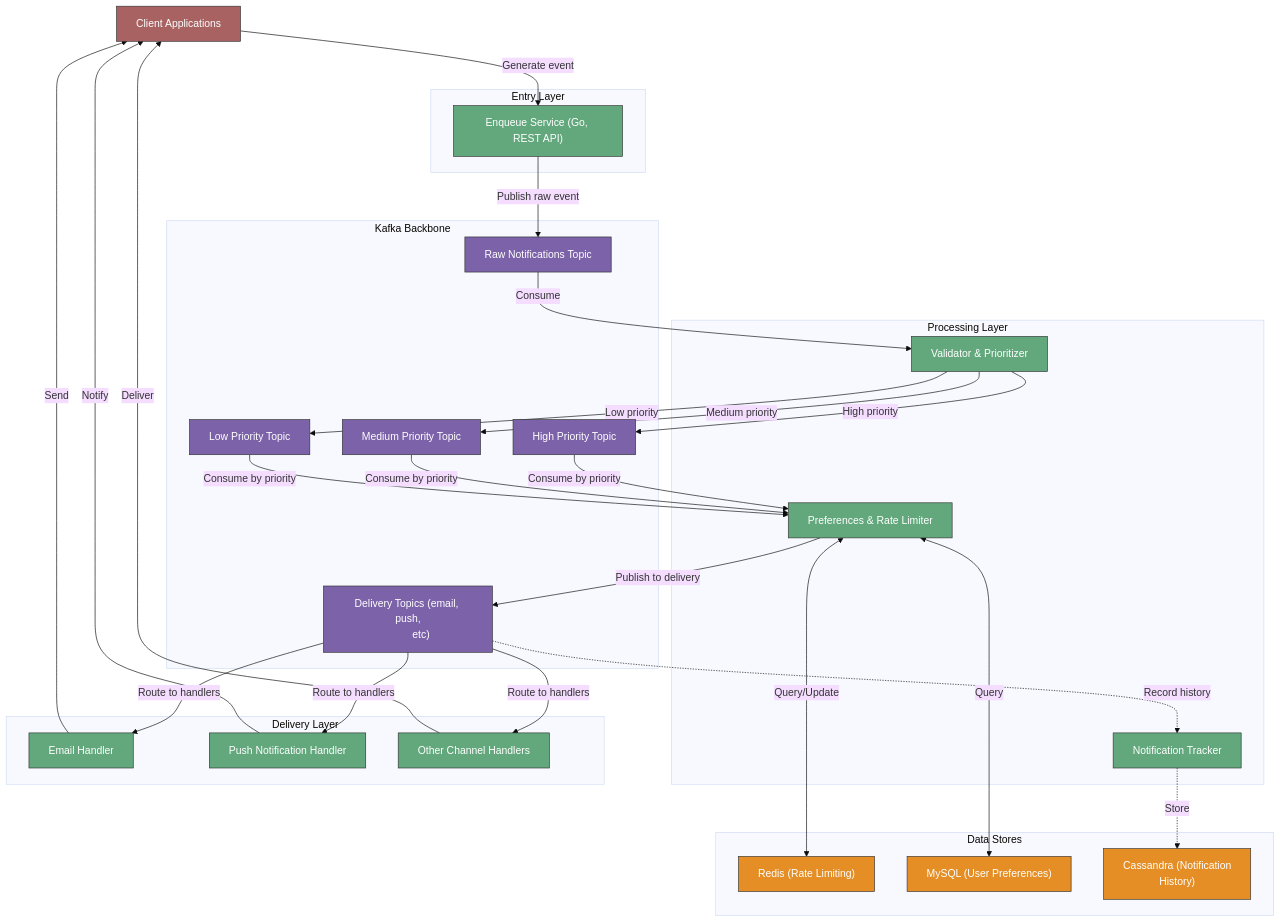
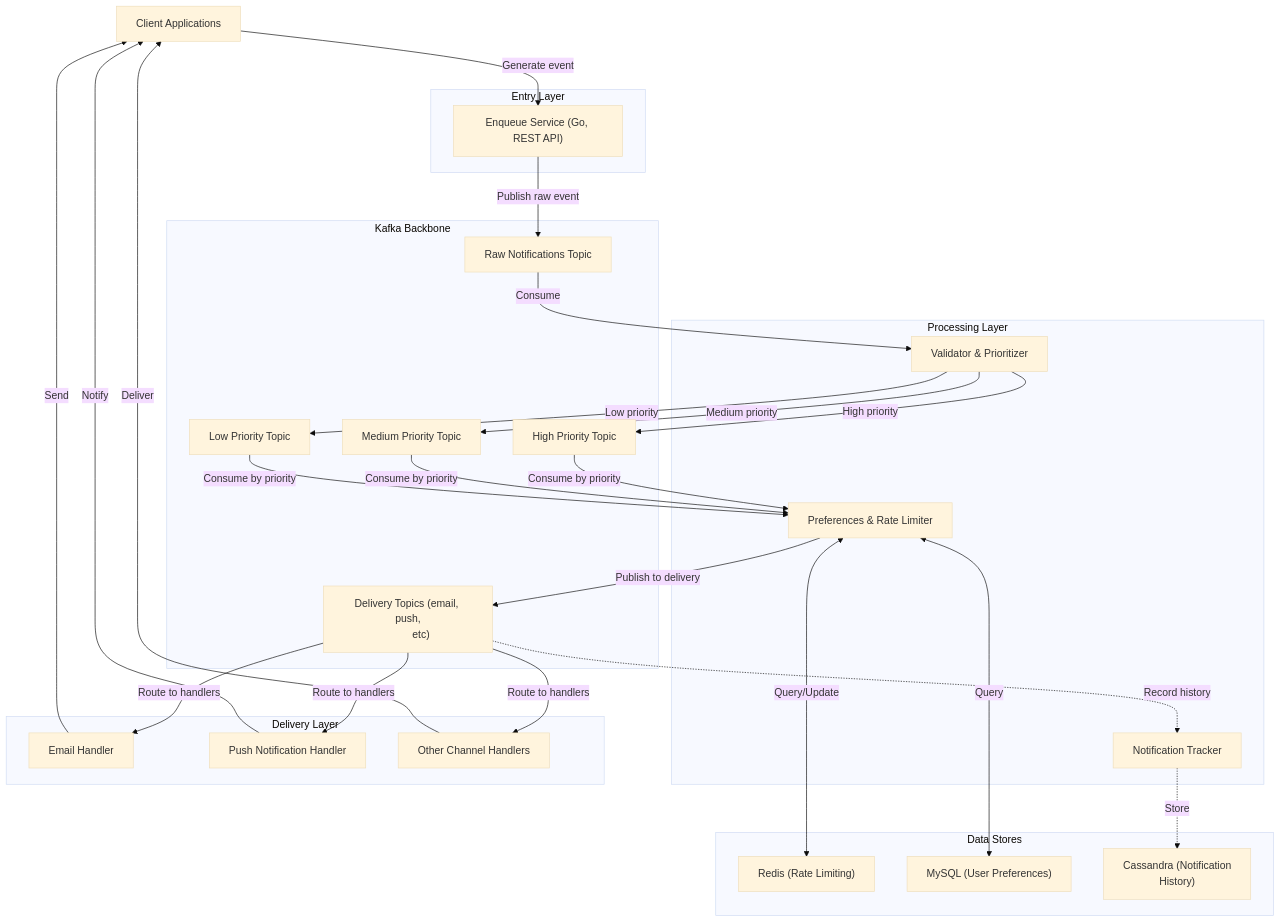
One commit to sahilsGit/scalable-notifications-service changed the first of 3 diagrams in README.md. Above: the diagram before and after it, drawn with Mermaid (base theme).

````diff
--- a/README.md
+++ b/README.md
@@ -13,64 +13,59 @@
 ```mermaid
 graph TB
-    classDef service fill:#62a87c,stroke:#333,stroke-width:1px,color:white
-    classDef database fill:#e58e26,stroke:#333,stroke-width:1px,color:white
-    classDef kafka fill:#7c62a8,stroke:#333,stroke-width:1px,color:white
-    classDef external fill:#a86262,stroke:#333,stroke-width:1px,color:white
-
     Client["Client Applications"]:::external
     
     subgraph "Entry Layer"
         EnqueueSvc["Enqueue Service (Go, REST API)"]:::service
     end
     
     subgraph "Kafka Backbone"
         RawTopic["Raw Notifications Topic"]:::kafka
         HighTopic["High Priority Topic"]:::kafka
         MediumTopic["Medium Priority Topic"]:::kafka
         LowTopic["Low Priority Topic"]:::kafka
         DeliveryTopic["Delivery Topics (email, push,
          etc)"]:::kafka
     end
     
     subgraph "Processing Layer"
         Validator["Validator & Prioritizer"]:::service
         Preferences-RateLimiter["Preferences & Rate Limiter"]:::service
         Tracker["Notification Tracker"]:::service
     end
     
     subgraph "Delivery Layer"
         EmailHandler["Email Handler"]:::service
         PushHandler["Push Notification Handler"]:::service
         OtherHandlers["Other Channel Handlers"]:::service
     end
     
     subgraph "Data Stores"
         Redis["Redis (Rate Limiting)"]:::database
         MySQL["MySQL (User Preferences)"]:::database
         Cassandra["Cassandra (Notification 
         History)"]:::database
     end
     
     Client -->|Generate event| EnqueueSvc
     EnqueueSvc -->|Publish raw event| RawTopic
     RawTopic -->|Consume| Validator
 
     
     Validator -->|High priority| HighTopic
     Validator -->|Medium priority| MediumTopic
     Validator -->|Low priority| LowTopic
     
     HighTopic & MediumTopic & LowTopic -->|Consume by priority| Preferences-RateLimiter
     Preferences-RateLimiter <-->|Query/Update| Redis
     Preferences-RateLimiter -->|Publish to delivery| DeliveryTopic
     Preferences-RateLimiter <-->|Query| MySQL
     
     DeliveryTopic -->|Route to handlers| EmailHandler & PushHandler & OtherHandlers
     
     DeliveryTopic -.->|Record history| Tracker
     Tracker -.->|Store| Cassandra
     
     EmailHandler -->|Send| Client
     PushHandler -->|Notify| Client
     OtherHandlers -->|Deliver| Client
 ```
````
